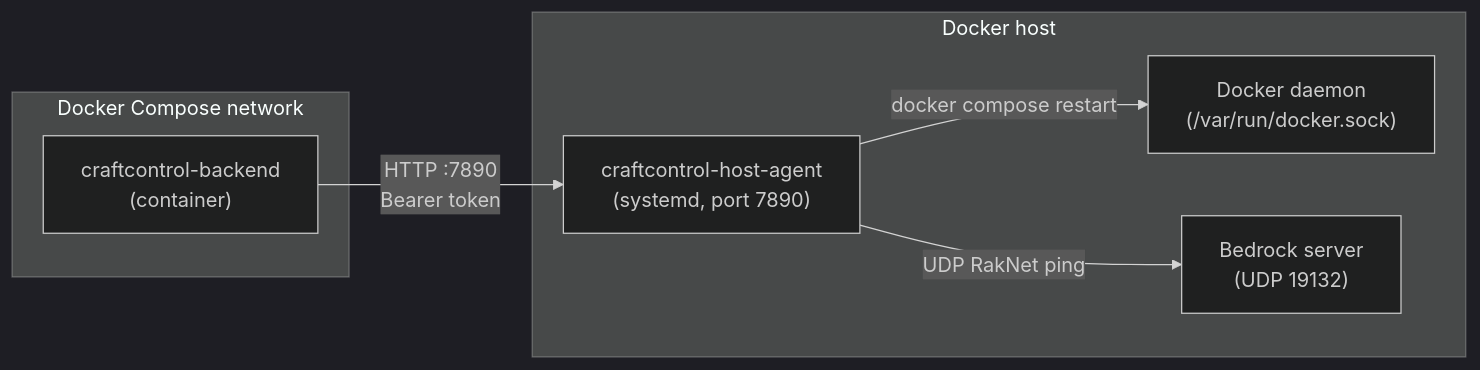
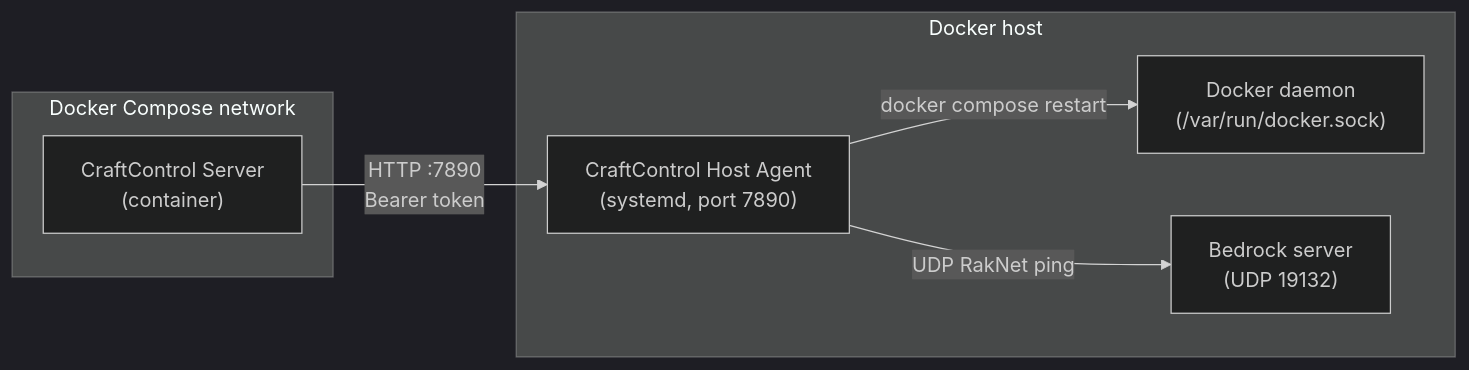
The diagram in docs/host-agent.md (dgaramos/craftcontrol), drawn with Mermaid (dark theme) before and after one commit. The commit also changed other lines of this file and 11 other files, not shown here.

Commit message:
docs(architecture): standardize runtime service names (#339)

````diff
--- a/docs/host-agent.md
+++ b/docs/host-agent.md
@@ -34,14 +34,14 @@
 ```mermaid
 flowchart LR
     subgraph host["Docker host"]
-        agent["craftcontrol-host-agent\n(systemd, port 7890)"]
+        agent["CraftControl Host Agent\n(systemd, port 7890)"]
         docker["Docker daemon\n(/var/run/docker.sock)"]
         bedrock["Bedrock server\n(UDP 19132)"]
     end
     subgraph compose["Docker Compose network"]
-        backend["craftcontrol-backend\n(container)"]
+        backend["CraftControl Server\n(container)"]
     end
     backend -- "HTTP :7890\nBearer token" --> agent
     agent -- "docker compose restart" --> docker
     agent -- "UDP RakNet ping" --> bedrock
 ```
````
